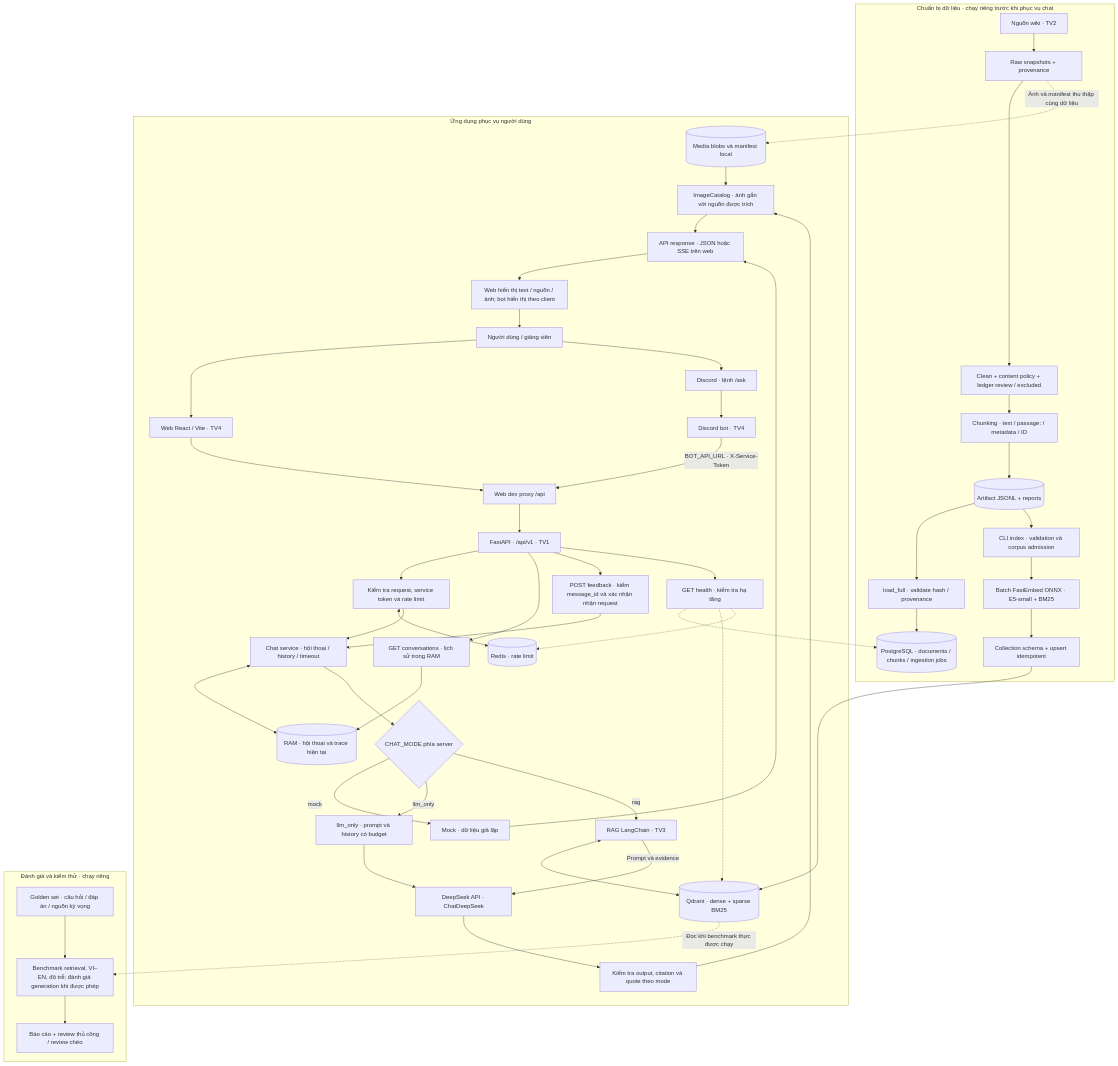
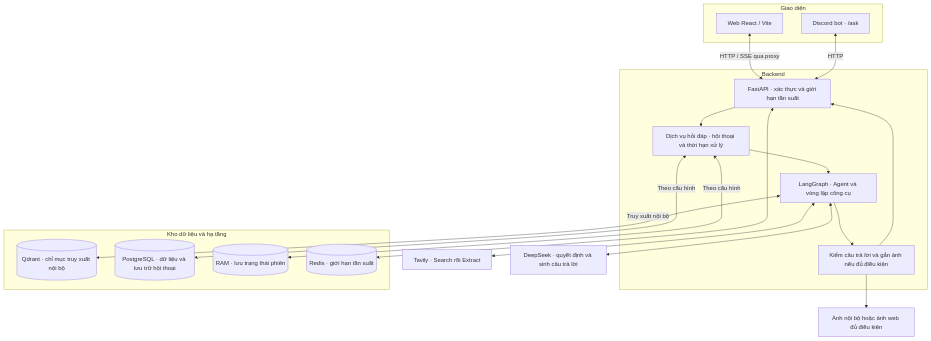
The second of 4 diagrams in docs/indexbeast-system-pipeline.md (HoanBuCon/Index-Beast), drawn with Mermaid before and after one commit. The commit also changed other lines of this file, not shown here.

Commit message:
refactor: Update documentation structure and content for IndexBeast system pipeline

````diff
--- a/docs/indexbeast-system-pipeline.md
+++ b/docs/indexbeast-system-pipeline.md
@@ -91,87 +47,29 @@
 ```mermaid
 graph TD
-    subgraph DATA["Chuẩn bị dữ liệu · chạy riêng trước khi phục vụ chat"]
-        WIKI["Nguồn wiki · TV2"]
-        RAW["Raw snapshots + provenance"]
-        CLEAN["Clean + content policy + ledger review / excluded"]
-        CHUNK["Chunking · text / passage: / metadata / ID"]
-        ART[("Artifact JSONL + reports")]
-        LOADPG["load_full · validate hash / provenance"]
-        PG[("PostgreSQL · documents / chunks / ingestion jobs")]
-        ADMIT["CLI index · validation và corpus admission"]
-        EMBED["Batch FastEmbed ONNX · E5-small + BM25"]
-        UPSERT["Collection schema + upsert idempotent"]
-        WIKI --> RAW --> CLEAN --> CHUNK --> ART
-        ART --> LOADPG --> PG
-        ART --> ADMIT --> EMBED --> UPSERT
+    subgraph CLIENT["Giao diện"]
+        WEB["Web React / Vite"]
+        BOT["Discord bot · /ask"]
     end
-    subgraph APP["Ứng dụng phục vụ người dùng"]
-    USER["Người dùng / giảng viên"]
-    WEB["Web React / Vite · TV4"]
-    DISCORD["Discord · lệnh /ask"]
-    BOT["Discord bot · TV4"]
-    PROXY["Web dev proxy /api"]
-    API["FastAPI · /api/v1 · TV1"]
-    GUARD["Kiểm tra request, service token và rate limit"]
-    REDIS[("Redis · rate limit")]
-    SERVICE["Chat service · hội thoại / history / timeout"]
-    RAM[("RAM · hội thoại và trace hiện tại")]
-    MODE{"CHAT_MODE phía server"}
-    MOCK["Mock · dữ liệu giả lập"]
-    DIRECT["llm_only · prompt và history có budget"]
-    RAG["RAG LangChain · TV3"]
-    QDRANT[("Qdrant · dense + sparse BM25")]
-    LLM["DeepSeek API · ChatDeepSeek"]
-    VALIDATE["Kiểm tra output, citation và quote theo mode"]
-    MEDIA["ImageCatalog · ảnh gắn với nguồn được trích"]
-    BLOBS[("Media blobs và manifest local")]
-    RESPONSE["API response · JSON hoặc SSE trên web"]
-    RENDER["Web hiển thị text / nguồn / ảnh; bot hiển thị theo client"]
-    HISTORY["GET conversations · lịch sử trong RAM"]
-    FEEDBACK["POST feedback · kiểm message_id và xác nhận nhận request"]
-    HEALTH["GET health · kiểm tra hạ tầng"]
-
-    USER --> WEB
-    USER --> DISCORD
-    DISCORD --> BOT
-    WEB --> PROXY
-    BOT -->|"BOT_API_URL · X-Service-Token"| PROXY
-    PROXY --> API
-    API --> GUARD
-    GUARD <--> REDIS
-    GUARD --> SERVICE
-    SERVICE <--> RAM
-    SERVICE --> MODE
-    MODE -->|"mock"| MOCK
-    MODE -->|"llm_only"| DIRECT
-    MODE -->|"rag"| RAG
-    DIRECT --> LLM
-    RAG <--> QDRANT
-    RAG -->|"Prompt và evidence"| LLM
-    LLM --> VALIDATE
-    VALIDATE --> MEDIA
-    BLOBS --> MEDIA
-    MEDIA --> RESPONSE
-    MOCK --> RESPONSE
-    RESPONSE --> RENDER
-    RENDER --> USER
-    API --> HISTORY
-    HISTORY --> RAM
-    API --> FEEDBACK
-    FEEDBACK --> SERVICE
-    API --> HEALTH
+    subgraph BACKEND["Backend"]
+        API["FastAPI · xác thực và giới hạn tần suất"]
+        CHAT["Dịch vụ hỏi đáp · hội thoại và thời hạn xử lý"]
+        AG["LangGraph · Agent và vòng lặp công cụ"]
+        OUT["Kiểm câu trả lời và gắn ảnh nếu đủ điều kiện"]
     end
-    UPSERT --> QDRANT
-    RAW -.->|"Ảnh và manifest thu thập cùng dữ liệu"| BLOBS
-    HEALTH -.-> PG
-    HEALTH -.-> QDRANT
-    HEALTH -.-> REDIS
-
-    subgraph QA["Đánh giá và kiểm thử · chạy riêng"]
-        GOLD["Golden set · câu hỏi / đáp án / nguồn kỳ vọng"]
-        BENCH["Benchmark retrieval, VI–EN, độ trễ; đánh giá generation khi được phép"]
-        REVIEW["Báo cáo + review thủ công / review chéo"]
-        GOLD --> BENCH --> REVIEW
+    subgraph DATA["Kho dữ liệu và hạ tầng"]
+        VEC[("Qdrant · chỉ mục truy xuất nội bộ")]
+        DB[("PostgreSQL · dữ liệu và lưu trữ hội thoại")]
+        RAM[("RAM · lưu trạng thái phiên")]
+        CACHE[("Redis · giới hạn tần suất")]
     end
-    QDRANT -.->|"Đọc khi benchmark thực được chạy"| BENCH
+    WEB <-->|"HTTP / SSE qua proxy"| API
+    BOT <-->|"HTTP"| API
+    API --> CHAT --> AG --> OUT --> API
+    API <--> CACHE
+    CHAT <-->|"Theo cấu hình"| RAM
+    CHAT <-->|"Theo cấu hình"| DB
+    AG <-->|"Truy xuất nội bộ"| VEC
+    AG <--> TAVILY["Tavily · Search rồi Extract"]
+    AG <--> DS["DeepSeek · quyết định và sinh câu trả lời"]
+    OUT --> MEDIA["Ảnh nội bộ hoặc ảnh web đủ điều kiện"]
 ```
````
